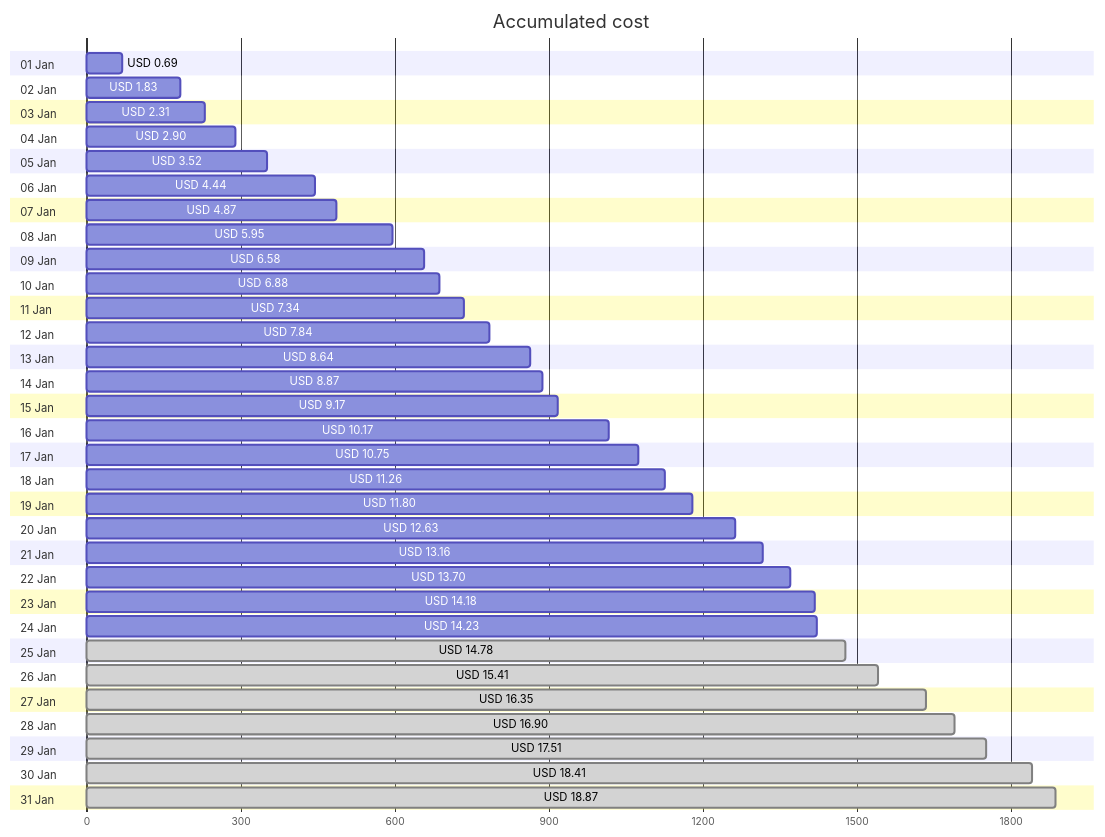
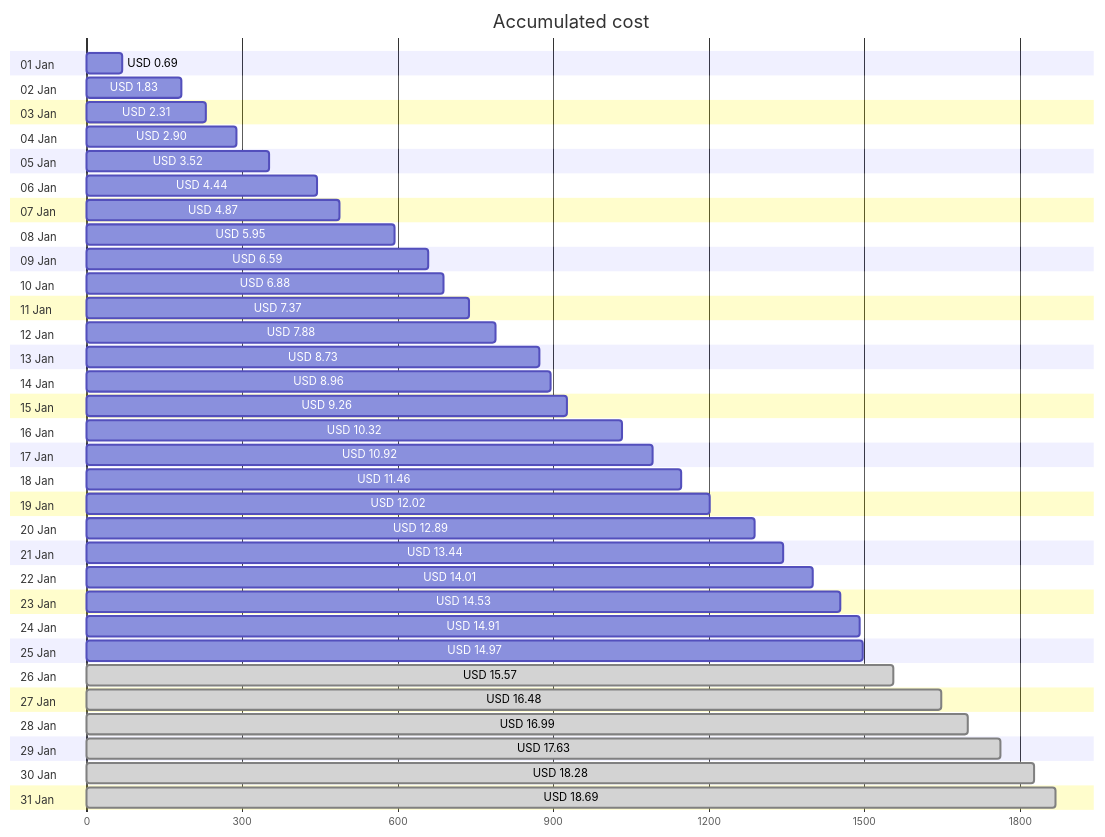
Before and after one commit to jpfulton/azure-personal-reports: the first of 4 diagrams in cost-reports/personal-network/vpn-server.md, drawn with Mermaid. The commit also changed other lines of this file and 8 other files, not shown here.

````diff
--- a/cost-reports/personal-network/vpn-server.md
+++ b/cost-reports/personal-network/vpn-server.md
@@ -20,68 +20,68 @@
 ```mermaid
 gantt
    title Accumulated cost
    dateFormat  X
    axisFormat %s
    section 01 Jan
    USD 0.69 :0, 69
    section 02 Jan
    USD 1.83 :0, 183
    section 03 Jan
    USD 2.31 :0, 231
    section 04 Jan
    USD 2.90 :0, 290
    section 05 Jan
    USD 3.52 :0, 352
    section 06 Jan
    USD 4.44 :0, 444
    section 07 Jan
    USD 4.87 :0, 487
    section 08 Jan
    USD 5.95 :0, 595
    section 09 Jan
-   USD 6.58 :0, 658
+   USD 6.59 :0, 659
    section 10 Jan
    USD 6.88 :0, 688
    section 11 Jan
-   USD 7.34 :0, 734
+   USD 7.37 :0, 737
    section 12 Jan
-   USD 7.84 :0, 784
+   USD 7.88 :0, 788
    section 13 Jan
-   USD 8.64 :0, 864
+   USD 8.73 :0, 873
    section 14 Jan
-   USD 8.87 :0, 887
+   USD 8.96 :0, 896
    section 15 Jan
-   USD 9.17 :0, 917
+   USD 9.26 :0, 926
    section 16 Jan
-   USD 10.17 :0, 1017
+   USD 10.32 :0, 1032
    section 17 Jan
-   USD 10.75 :0, 1075
+   USD 10.92 :0, 1092
    section 18 Jan
-   USD 11.26 :0, 1126
+   USD 11.46 :0, 1146
    section 19 Jan
-   USD 11.80 :0, 1180
+   USD 12.02 :0, 1202
    section 20 Jan
-   USD 12.63 :0, 1263
+   USD 12.89 :0, 1289
    section 21 Jan
-   USD 13.16 :0, 1316
+   USD 13.44 :0, 1344
    section 22 Jan
-   USD 13.70 :0, 1370
+   USD 14.01 :0, 1401
    section 23 Jan
-   USD 14.18 :0, 1418
+   USD 14.53 :0, 1453
    section 24 Jan
-   USD 14.23 :0, 1423
+   USD 14.91 :0, 1491
    section 25 Jan
-   USD 14.78 : done, 0, 1478
+   USD 14.97 :0, 1497
    section 26 Jan
-   USD 15.41 : done, 0, 1541
+   USD 15.57 : done, 0, 1557
    section 27 Jan
-   USD 16.35 : done, 0, 1635
+   USD 16.48 : done, 0, 1648
    section 28 Jan
-   USD 16.90 : done, 0, 1690
+   USD 16.99 : done, 0, 1699
    section 29 Jan
-   USD 17.51 : done, 0, 1751
+   USD 17.63 : done, 0, 1763
    section 30 Jan
-   USD 18.41 : done, 0, 1841
+   USD 18.28 : done, 0, 1828
    section 31 Jan
-   USD 18.87 : done, 0, 1887
+   USD 18.69 : done, 0, 1869
 ```
````
